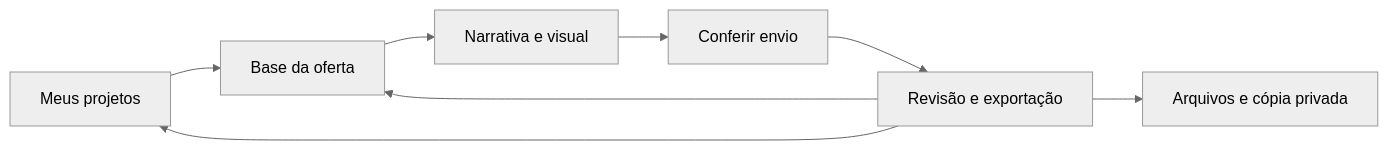
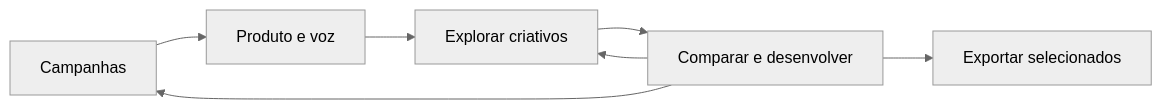
The diagram in docs/briefing-designer-compor-v1.md (MathBorgess/compor), drawn with Mermaid (neutral theme) before and after one commit. The commit also changed other lines of this file and 13 other files, not shown here.

````diff
--- a/docs/briefing-designer-compor-v1.md
+++ b/docs/briefing-designer-compor-v1.md
@@ -23,10 +21,9 @@
 ```mermaid
 flowchart LR
-    A[Meus projetos] --> B[Base da oferta]
-    B --> C[Narrativa e visual]
-    C --> P[Conferir envio]
-    P --> D[Revisão e exportação]
-    D --> E[Arquivos e cópia privada]
-    D --> B
+    A[Campanhas] --> B[Produto e voz]
+    B --> C[Explorar criativos]
+    C --> D[Comparar e desenvolver]
+    D --> C
+    D --> E[Exportar selecionados]
     D --> A
 ```
````
